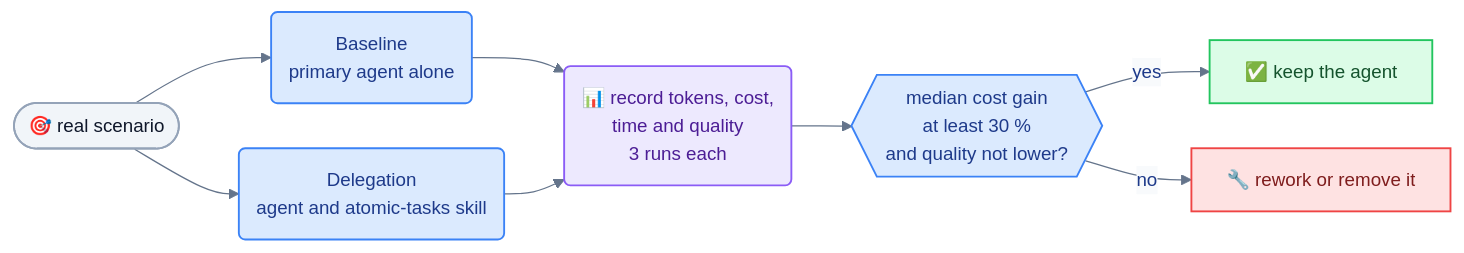
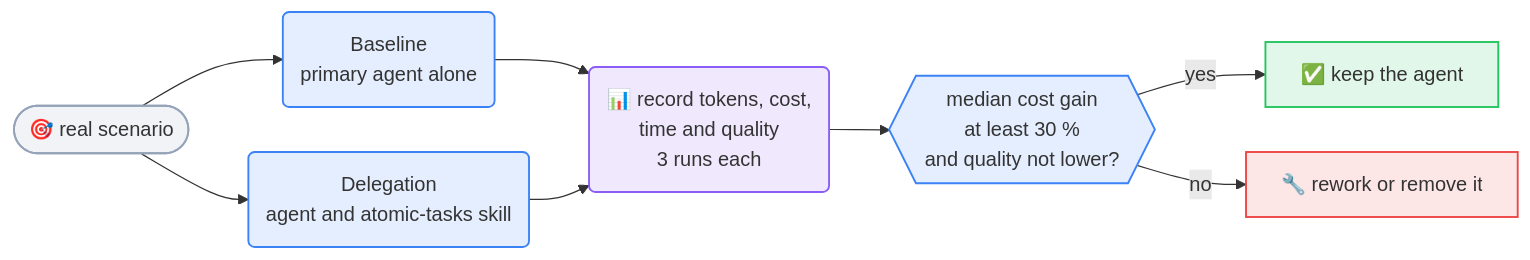
The diagram in docs/evaluation.md (HW-Agents-Forge/general-agents), drawn with Mermaid before and after one commit. The commit also changed 9 other files, not shown here.

First line of the commit message:
Make the Mermaid diagrams transparent and theme-aware

````diff
--- a/docs/evaluation.md
+++ b/docs/evaluation.md
@@ -11,25 +11,25 @@
 ```mermaid
-%%{init: {"theme":"base","themeVariables":{"fontFamily":"ui-sans-serif, system-ui, -apple-system, Segoe UI, Helvetica, Arial, sans-serif","fontSize":"15px","textColor":"#1e293b","lineColor":"#64748b","primaryColor":"#dbeafe","primaryBorderColor":"#3b82f6","primaryTextColor":"#1e3a8a","secondaryColor":"#ede9fe","tertiaryColor":"#f8fafc","edgeLabelBackground":"#f8fafc","clusterBkg":"#f8fafc","clusterBorder":"#cbd5e1","titleColor":"#334155"},"flowchart":{"curve":"basis","padding":14,"nodeSpacing":36,"rankSpacing":48,"htmlLabels":true}}}%%
+%%{init: {"flowchart":{"curve":"basis","padding":14,"nodeSpacing":36,"rankSpacing":48}}}%%
 flowchart LR
     S(["🎯 real scenario"]) --> BL("Baseline<br/>primary agent alone")
     S --> DL("Delegation<br/>agent and atomic-tasks skill")
     BL --> M("📊 record tokens, cost,<br/>time and quality<br/>3 runs each")
     DL --> M
     M --> G{{"median cost gain<br/>at least 30 %<br/>and quality not lower?"}}
     G -- "yes" --> K["✅ keep the agent"]
     G -- "no" --> W["🔧 rework or remove it"]
 
-    classDef src fill:#dbeafe,stroke:#3b82f6,stroke-width:1.5px,color:#1e3a8a
-    classDef eng fill:#ede9fe,stroke:#8b5cf6,stroke-width:1.5px,color:#4c1d95
-    classDef out fill:#dcfce7,stroke:#22c55e,stroke-width:1.5px,color:#14532d
-    classDef agent fill:#fef3c7,stroke:#f59e0b,stroke-width:1.5px,color:#78350f
-    classDef bad fill:#fee2e2,stroke:#ef4444,stroke-width:1.5px,color:#7f1d1d
-    classDef quiet fill:#f1f5f9,stroke:#94a3b8,stroke-width:1.5px,color:#0f172a
+    classDef src fill:#3b82f622,stroke:#3b82f6,stroke-width:1.5px
+    classDef eng fill:#8b5cf622,stroke:#8b5cf6,stroke-width:1.5px
+    classDef out fill:#22c55e22,stroke:#22c55e,stroke-width:1.5px
+    classDef agent fill:#f59e0b22,stroke:#f59e0b,stroke-width:1.5px
+    classDef bad fill:#ef444422,stroke:#ef4444,stroke-width:1.5px
+    classDef quiet fill:#94a3b822,stroke:#94a3b8,stroke-width:1.5px
 
     class S quiet
     class BL,DL src
     class M eng
     class G src
     class K out
     class W bad
 ```
````
